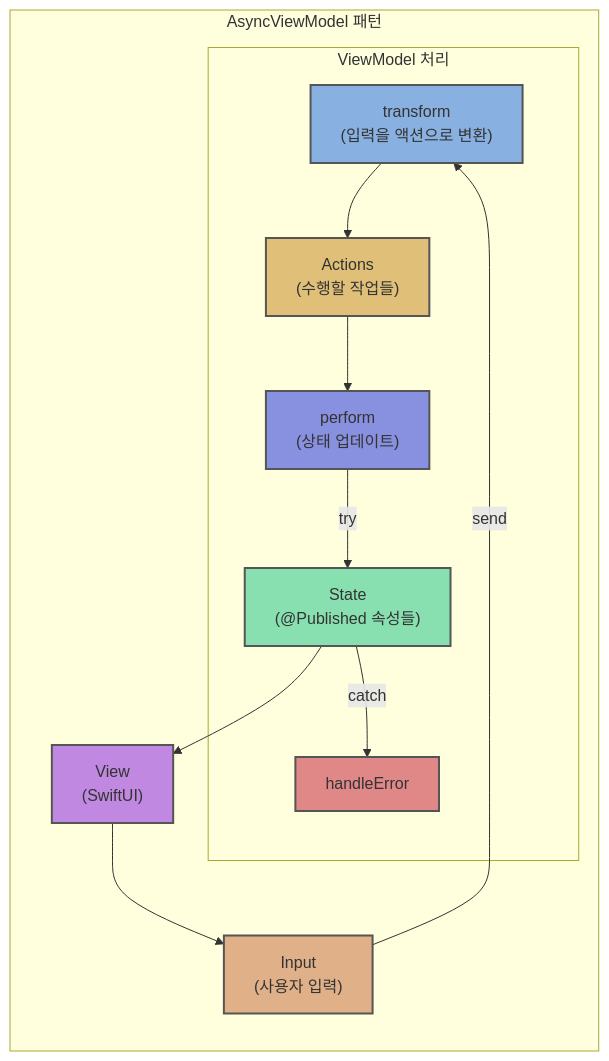
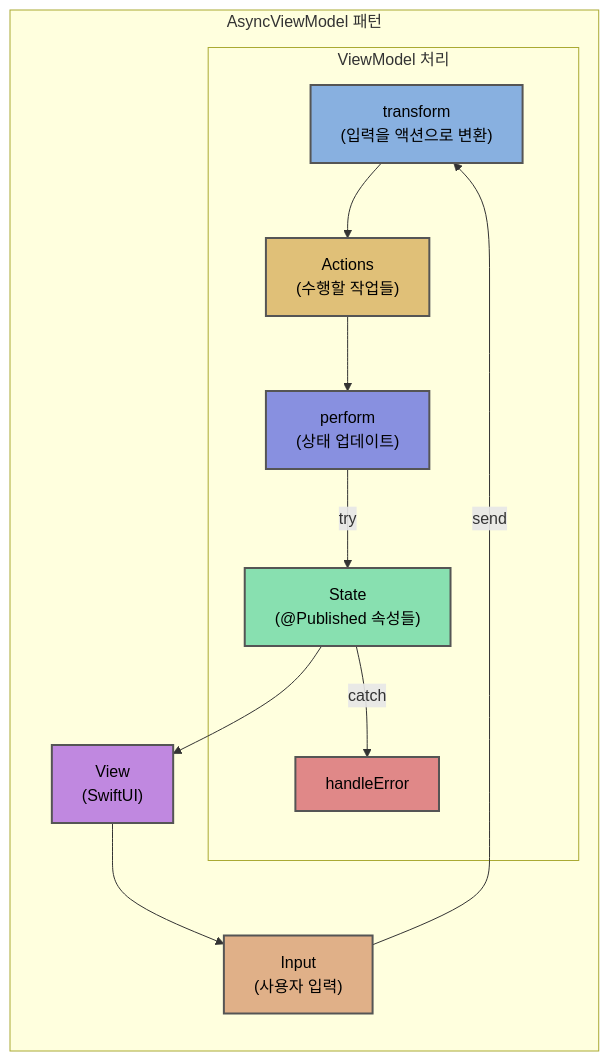
Before and after one commit to Jimmy-Jung/TossBankClone: the fourth of 4 diagrams in README.md, drawn with Mermaid. The commit also changed other lines of this file, not shown here.

````diff
--- a/README.md
+++ b/README.md
@@ -373,32 +373,32 @@
 ```mermaid
 flowchart LR
     subgraph "AsyncViewModel 패턴"
         Input["Input<br>(사용자 입력)"] --> |send| Transform
         
         subgraph "ViewModel 처리"
             Transform["transform<br>(입력을 액션으로 변환)"] --> Actions
             Actions["Actions<br>(수행할 작업들)"] --> Perform
             Perform["perform<br>(상태 업데이트)"] --> |try| State
             State --> |catch| HandleError["handleError"]
         end
         
         State["State<br>(@Published 속성들)"] --> View
         View["View<br>(SwiftUI)"] --> Input
     end
     
-    classDef input fill:#e0b088,stroke:#555,stroke-width:2px
-    classDef transform fill:#88b0e0,stroke:#555,stroke-width:2px
-    classDef actions fill:#e0c078,stroke:#555,stroke-width:2px
-    classDef perform fill:#8890e0,stroke:#555,stroke-width:2px
-    classDef error fill:#e08888,stroke:#555,stroke-width:2px
-    classDef state fill:#88e0b0,stroke:#555,stroke-width:2px
-    classDef view fill:#c088e0,stroke:#555,stroke-width:2px
+    classDef input fill:#e0b088,stroke:#555,stroke-width:2px,color:#000000
+    classDef transform fill:#88b0e0,stroke:#555,stroke-width:2px,color:#000000
+    classDef actions fill:#e0c078,stroke:#555,stroke-width:2px,color:#000000
+    classDef perform fill:#8890e0,stroke:#555,stroke-width:2px,color:#000000
+    classDef error fill:#e08888,stroke:#555,stroke-width:2px,color:#000000
+    classDef state fill:#88e0b0,stroke:#555,stroke-width:2px,color:#000000
+    classDef view fill:#c088e0,stroke:#555,stroke-width:2px,color:#000000
     
     class Input input
     class Transform transform
     class Actions actions
     class Perform perform
     class HandleError error
     class State state
     class View view
 ```
````
